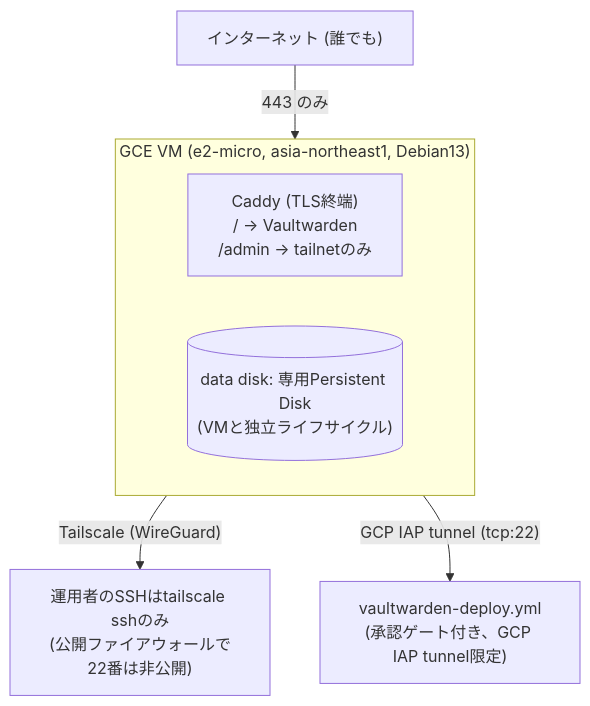
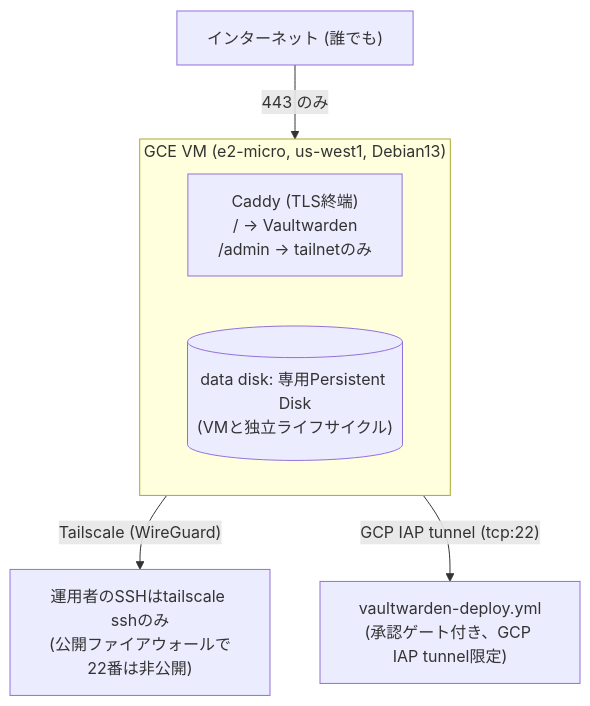
One commit to kuchida1981/vaultwarden-ops changed the diagram in README.ja.md. Above: the diagram before and after it, drawn with Mermaid. The commit also changed other lines of this file and 9 other files, not shown here.

````diff
--- a/README.ja.md
+++ b/README.ja.md
@@ -19,14 +19,14 @@
 ```mermaid
 flowchart TB
     internet["インターネット (誰でも)"]
-    subgraph vm["GCE VM (e2-micro, asia-northeast1, Debian13)"]
+    subgraph vm["GCE VM (e2-micro, us-west1, Debian13)"]
         caddy["Caddy (TLS終端)<br/>/ → Vaultwarden<br/>/admin → tailnetのみ"]
         disk[("data disk: 専用Persistent Disk<br/>(VMと独立ライフサイクル)")]
     end
     admin["運用者のSSHはtailscale sshのみ<br/>(公開ファイアウォールで22番は非公開)"]
     ci["vaultwarden-deploy.yml<br/>(承認ゲート付き、GCP IAP tunnel限定)"]
 
     internet -->|"443 のみ"| vm
     vm -->|"Tailscale (WireGuard)"| admin
     vm -->|"GCP IAP tunnel (tcp:22)"| ci
 ```
````
